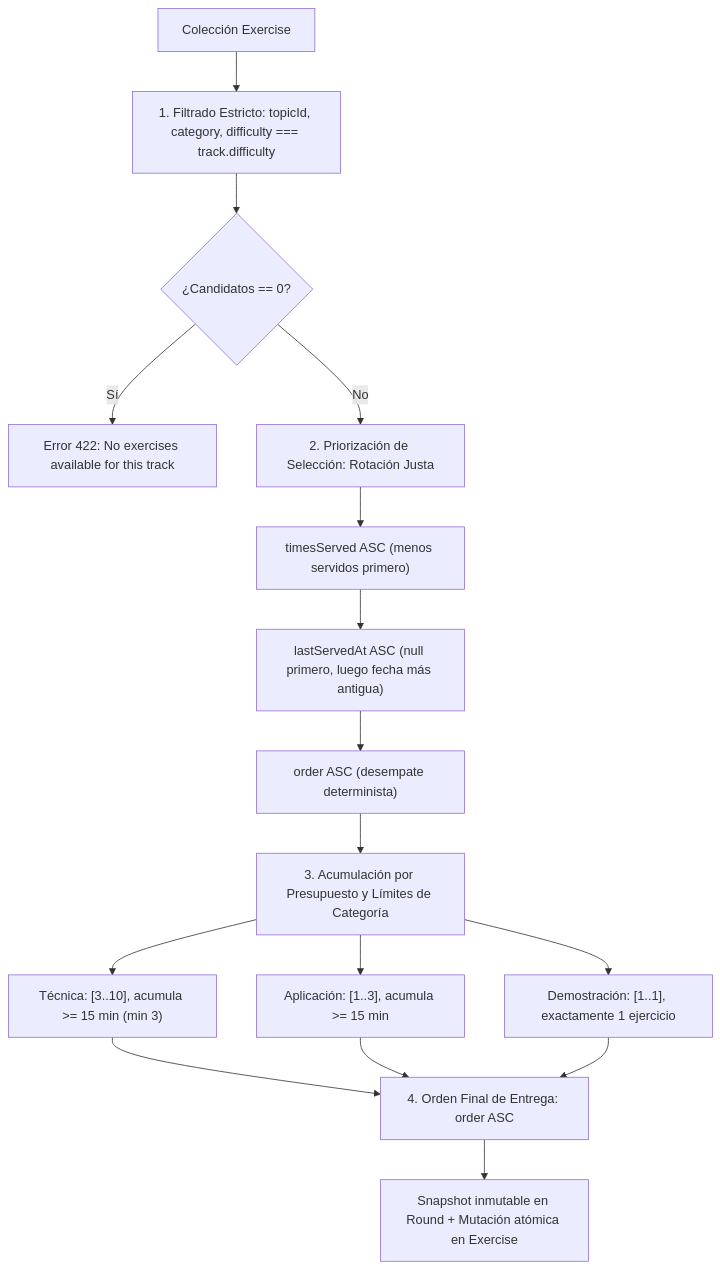
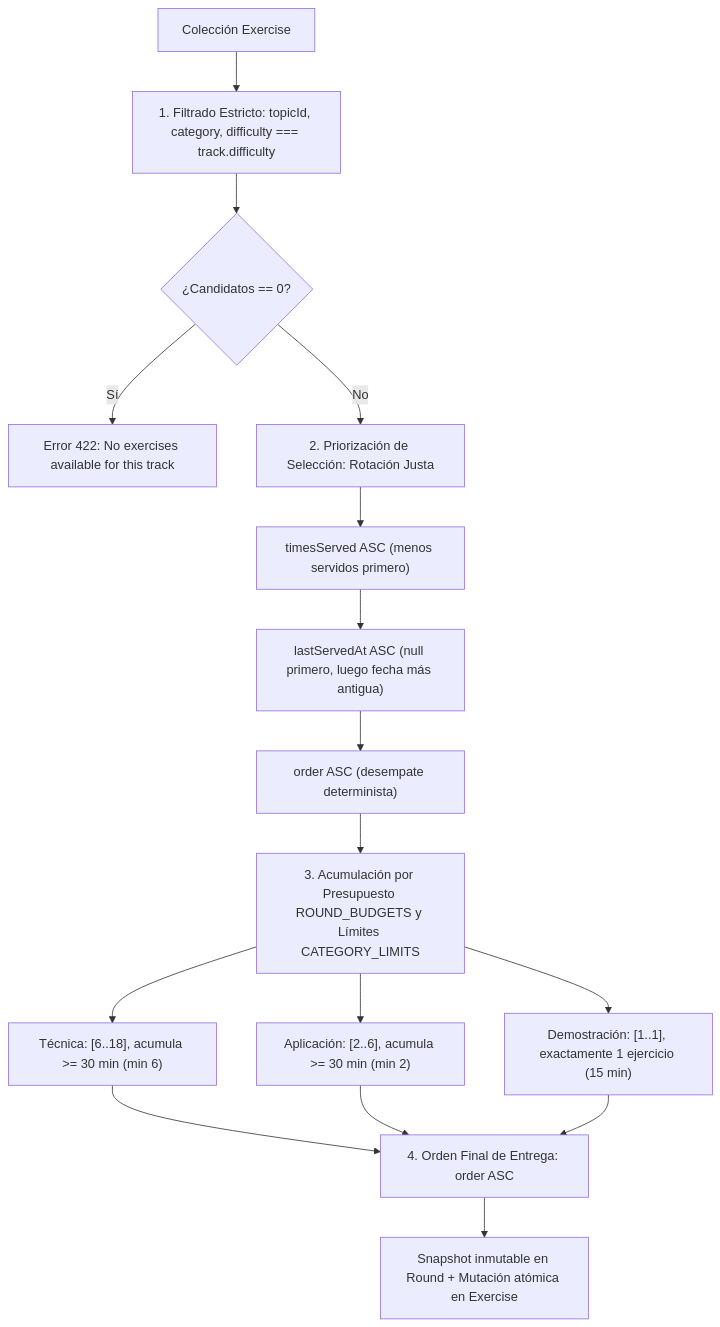
One commit to EmmanuelTeran/mathcoach-sparring changed the fourth of 6 diagrams in docs/ARCHITECTURE.md. Above: the diagram before and after it, drawn with Mermaid. The commit also changed other lines of this file and 19 other files, not shown here.

````diff
--- a/docs/ARCHITECTURE.md
+++ b/docs/ARCHITECTURE.md
@@ -369,16 +374,16 @@
 ```mermaid
 flowchart TD
     Catalog[Colección Exercise] --> Filter[1. Filtrado Estricto: topicId, category, difficulty === track.difficulty]
     Filter --> EmptyCheck{¿Candidatos == 0?}
     EmptyCheck -- Sí --> Err422[Error 422: No exercises available for this track]
     EmptyCheck -- No --> SortFair[2. Priorización de Selección: Rotación Justa]
     SortFair --> S1["timesServed ASC (menos servidos primero)"]
     S1 --> S2["lastServedAt ASC (null primero, luego fecha más antigua)"]
     S2 --> S3["order ASC (desempate determinista)"]
-    S3 --> Accumulate[3. Acumulación por Presupuesto y Límites de Categoría]
-    Accumulate --> CheckTechnique["Técnica: [3..10], acumula >= 15 min (min 3)"]
-    Accumulate --> CheckApp["Aplicación: [1..3], acumula >= 15 min"]
-    Accumulate --> CheckProof["Demostración: [1..1], exactamente 1 ejercicio"]
+    S3 --> Accumulate[3. Acumulación por Presupuesto ROUND_BUDGETS y Límites CATEGORY_LIMITS]
+    Accumulate --> CheckTechnique["Técnica: [6..18], acumula >= 30 min (min 6)"]
+    Accumulate --> CheckApp["Aplicación: [2..6], acumula >= 30 min (min 2)"]
+    Accumulate --> CheckProof["Demostración: [1..1], exactamente 1 ejercicio (15 min)"]
     CheckTechnique & CheckApp & CheckProof --> FinalSort[4. Orden Final de Entrega: order ASC]
     FinalSort --> Snapshot[Snapshot inmutable en Round + Mutación atómica en Exercise]
 ```
````
